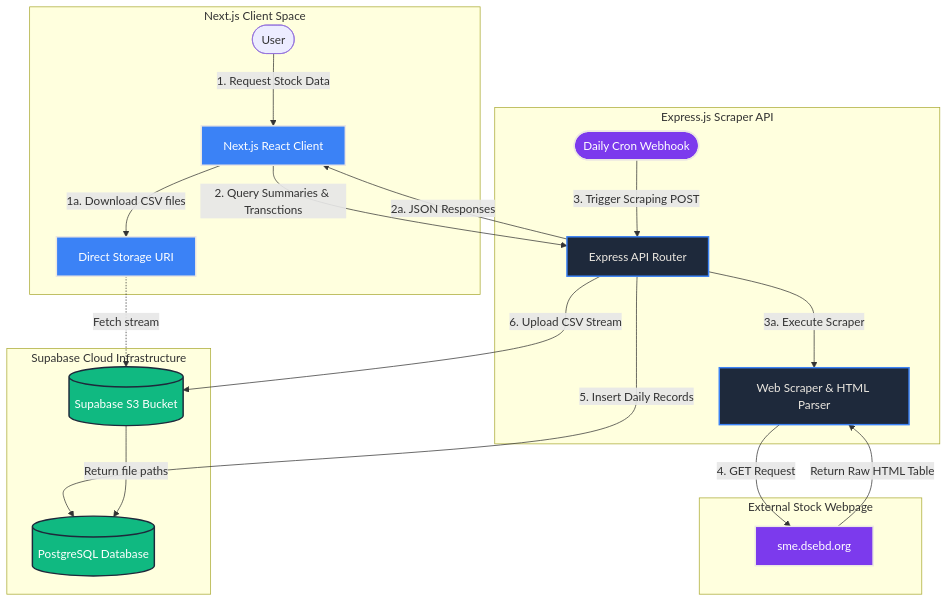
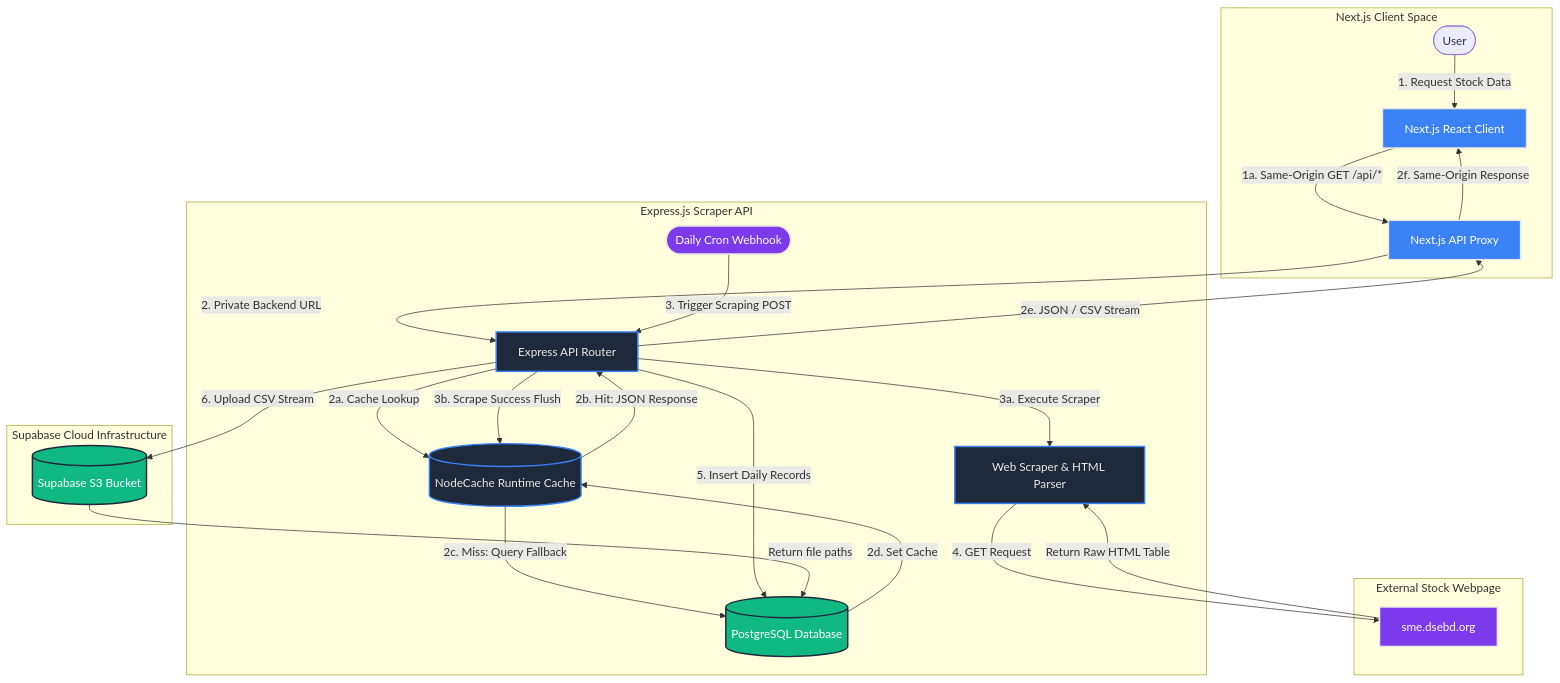
Before and after one commit to MrMandalNSU/sudipta.me: the first of 5 diagrams in docs/overviews/projects/dseops.md, drawn with Mermaid. The commit also changed other lines of this file and 11 other files, not shown here.

````diff
--- a/docs/overviews/projects/dseops.md
+++ b/docs/overviews/projects/dseops.md
@@ -17,39 +17,44 @@
 ```mermaid
 flowchart TD
     %% Define Nodes
     subgraph ClientSpace [Next.js Client Space]
         User([User]) -->|1. Request Stock Data| Client[Next.js React Client]
-        Client -->|1a. Download CSV files| S3Link[Direct Storage URI]
+        Client -->|1a. Same-Origin GET /api/*| Proxy[Next.js API Proxy]
     end
 
     subgraph BackendGateway [Express.js Scraper API]
-        Client -->|2. Query Summaries & Transctions| Router[Express API Router]
-        Router -->|2a. JSON Responses| Client
+        Proxy -->|2. Private Backend URL| Router[Express API Router]
+        Router -->|2a. Cache Lookup| NodeCache[(NodeCache Runtime Cache)]
+        NodeCache -->|2b. Hit: JSON Response| Router
+        NodeCache -->|2c. Miss: Query Fallback| DB
+        DB -->|2d. Set Cache| NodeCache
+        Router -->|2e. JSON / CSV Stream| Proxy
+        Proxy -->|2f. Same-Origin Response| Client
         
         CronWebhook([Daily Cron Webhook]) -->|3. Trigger Scraping POST| Router
         Router -->|3a. Execute Scraper| Scraper[Web Scraper & HTML Parser]
+        Router -->|3b. Scrape Success Flush| NodeCache
     end
 
     subgraph TargetSource [External Stock Webpage]
         Scraper -->|4. GET Request| DSESite[sme.dsebd.org]
         DSESite -->|Return Raw HTML Table| Scraper
     end
 
     subgraph StorageCompute [Supabase Cloud Infrastructure]
         Router -->|5. Insert Daily Records| DB[(PostgreSQL Database)]
         Router -->|6. Upload CSV Stream| Storage[(Supabase S3 Bucket)]
         Storage -->|Return file paths| DB
-        S3Link -.->|Fetch stream| Storage
     end
 
     %% Node Styling
     classDef client fill:#3b82f6,stroke:#ece8e1,stroke-width:2px,color:#fff;
     classDef server fill:#1e293b,stroke:#3b82f6,stroke-width:2px,color:#ece8e1;
     classDef db fill:#10b981,stroke:#1e293b,stroke-width:2px,color:#fff;
     classDef ext fill:#7c3aed,stroke:#ece8e1,stroke-width:2px,color:#fff;
     
-    class Client,S3Link client;
-    class Router,Scraper server;
+    class Client,Proxy client;
+    class Router,Scraper,NodeCache server;
     class DB,Storage db;
     class DSESite,CronWebhook ext;
 ```
````
